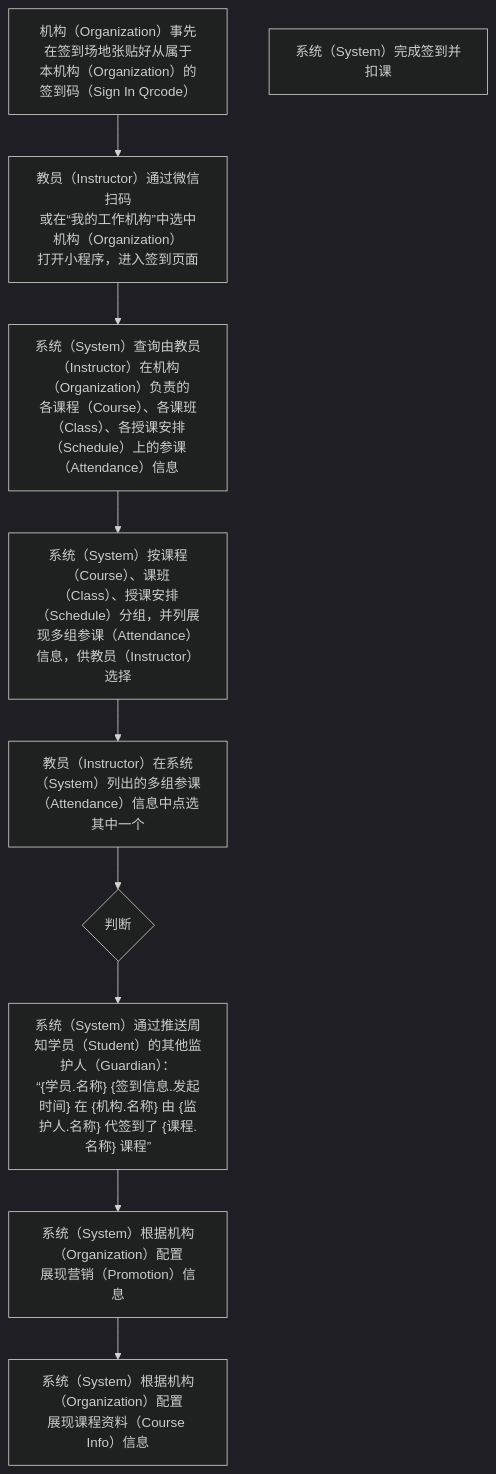
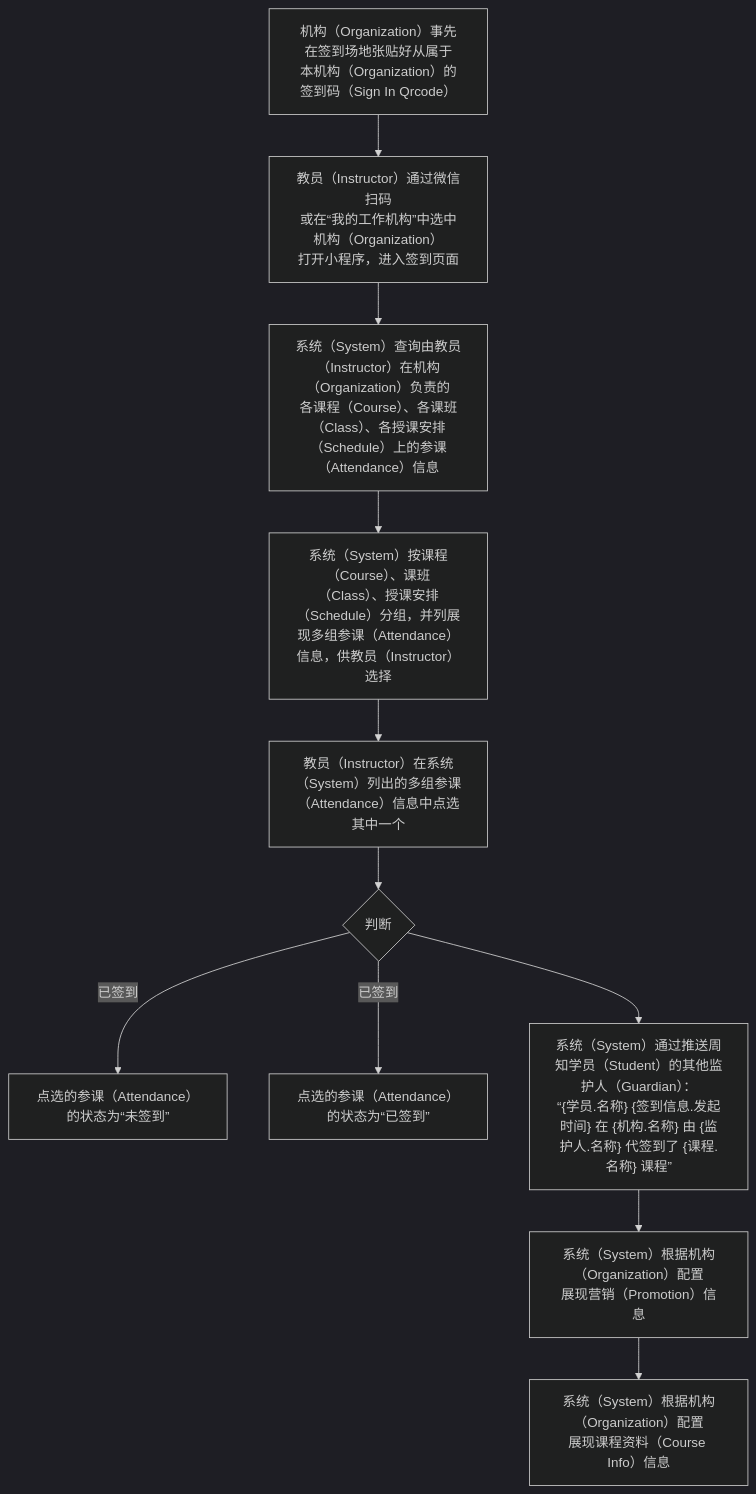
Before and after one commit to world-wide-web/sign: the third of 3 diagrams in 用例/签到.md, drawn with Mermaid (dark theme). The commit also changed other lines of this file, not shown here.

````diff
--- a/用例/签到.md
+++ b/用例/签到.md
@@ -81,21 +81,24 @@
 ```mermaid
 graph TD
 A["<center>机构（Organization）事先在签到场地张贴好从属于<br>本机构（Organization）的签到码（Sign In Qrcode）</center>"]
 B["<center>教员（Instructor）通过微信扫码<br>或在“我的工作机构”中选中机构（Organization）<br>打开小程序，进入签到页面</center>"]
 C["<center>系统（System）查询由教员（Instructor）在机构（Organization）负责的<br>各课程（Course）、各课班（Class）、各授课安排（Schedule）上的参课（Attendance）信息"]
 D["<center>系统（System）按课程（Course）、课班（Class）、授课安排（Schedule）分组，并列展现多组参课（Attendance）信息，供教员（Instructor）选择</center>"]
 E["<center>教员（Instructor）在系统（System）列出的多组参课（Attendance）信息中点选其中一个</center>"]
 F{"<center>判断</center>"}
-F1["<center>系统（System）完成签到并扣课</center>"]
+F1["<center>点选的参课（Attendance）的状态为“未签到”</center>"]
+F2["<center>点选的参课（Attendance）的状态为“已签到”</center>"]
 G["<center>系统（System）通过推送周知学员（Student）的其他监护人（Guardian）：<br>“{学员.名称} {签到信息.发起时间} 在 {机构.名称} 由 {监护人.名称} 代签到了 {课程.名称} 课程”</center>"]
 H["<center>系统（System）根据机构（Organization）配置<br>展现营销（Promotion）信息</center>"]
 I["<center>系统（System）根据机构（Organization）配置<br>展现课程资料（Course Info）信息</center>"]
 A-->B
 B-->C
 C-->D
 D-->E
 E-->F
+F--已签到-->F1
+F--已签到-->F2
 F-->G
 G-->H
 H-->I
 ```
````
